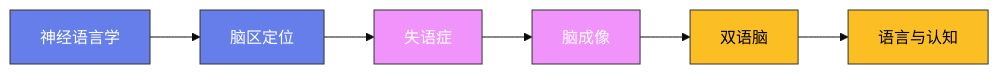
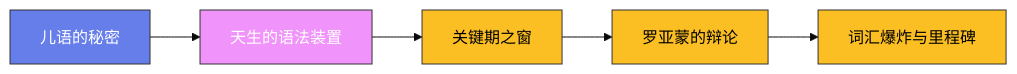
One commit to Fengur/Fengur.github.io changed the diagram in content/posts/ModelCreate/语言学/17-儿童语言发展.md. Above: the diagram before and after it, drawn with Mermaid (base theme). The commit also changed other lines of this file and 505 other files, not shown here.

First line of the commit message:
content(blog): ModelCreate 全站质量修复——front matter 补全、占位图修复、事实错误修正、注水文重写

````diff
--- a/content/posts/ModelCreate/语言学/17-儿童语言发展.md
+++ b/content/posts/ModelCreate/语言学/17-儿童语言发展.md
@@ -35,16 +38,21 @@
 ```mermaid
 graph LR
-    A["神经语言学"] --> B["脑区定位"]
-    B --> C["失语症"]
-    C --> D["脑成像"]
-    D --> E["双语脑"]
-    E --> F["语言与认知"]
+    A["儿语的秘密"]
+    B["天生的语法装置"]
+    C["关键期之窗"]
+    D["罗亚蒙的辩论"]
+    E["词汇爆炸与里程碑"]
+
+    A --> B
+    B --> C
+    C --> D
+    D --> E
 
     classDef early fill:#667eea,stroke:#333,color:white
     classDef mid fill:#f093fb,stroke:#333,color:white
     classDef modern fill:#fbbf24,stroke:#333,color:black
 
-    class A,B early
-    class C,D mid
-    class E,F modern
+    class A early
+    class B mid
+    class C,D,E modern
 ```
````
